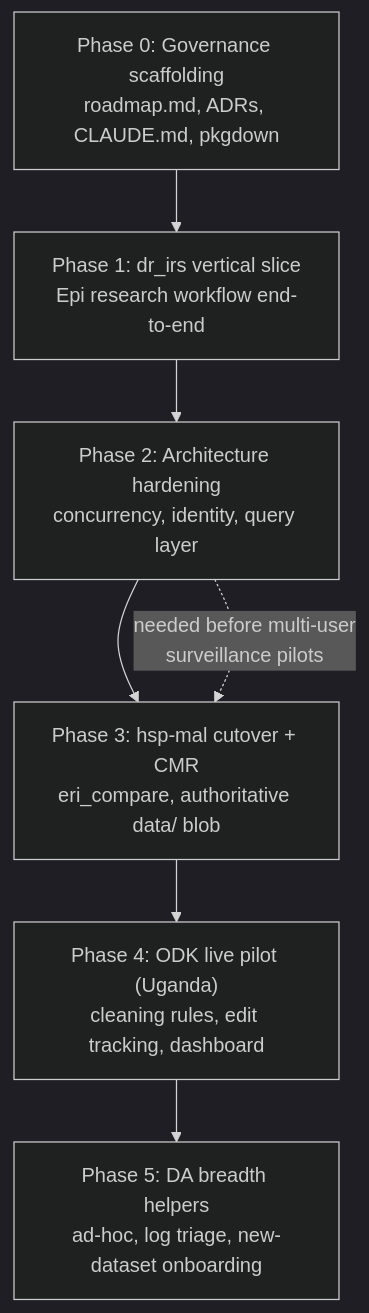
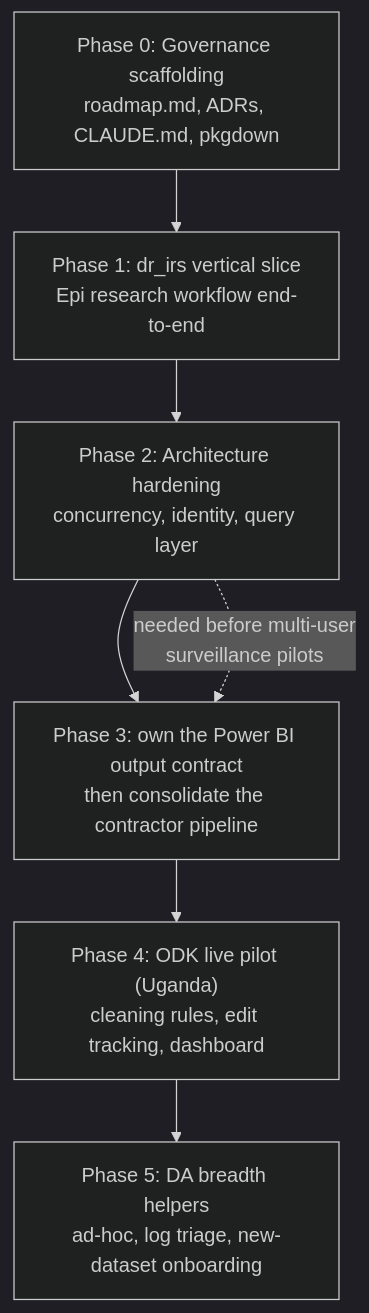
Before and after one commit to thecartercenter/erifunctions: the diagram in docs/roadmap.md, drawn with Mermaid (dark theme). The commit also changed other lines of this file and 4 other files, not shown here.

````diff
--- a/docs/roadmap.md
+++ b/docs/roadmap.md
@@ -40,11 +41,11 @@
 ```mermaid
 flowchart TD
     P0["Phase 0: Governance scaffolding<br/>roadmap.md, ADRs, CLAUDE.md, pkgdown"]
     P1["Phase 1: dr_irs vertical slice<br/>Epi research workflow end-to-end"]
     P2["Phase 2: Architecture hardening<br/>concurrency, identity, query layer"]
-    P3["Phase 3: hsp-mal cutover + CMR<br/>eri_compare, authoritative data/ blob"]
+    P3["Phase 3: own the Power BI output contract<br/>then consolidate the contractor pipeline"]
     P4["Phase 4: ODK live pilot (Uganda)<br/>cleaning rules, edit tracking, dashboard"]
     P5["Phase 5: DA breadth helpers<br/>ad-hoc, log triage, new-dataset onboarding"]
     P0 --> P1 --> P2 --> P3 --> P4 --> P5
     P2 -. "needed before multi-user<br/>surveillance pilots" .-> P3
 ```
````
